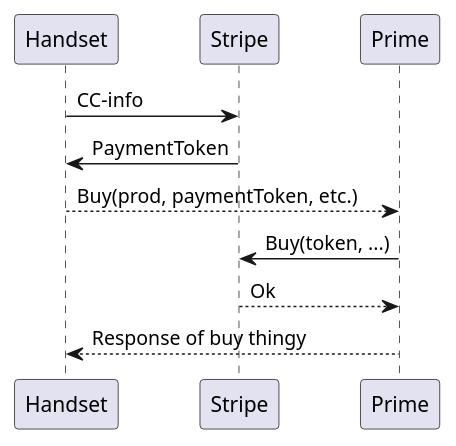
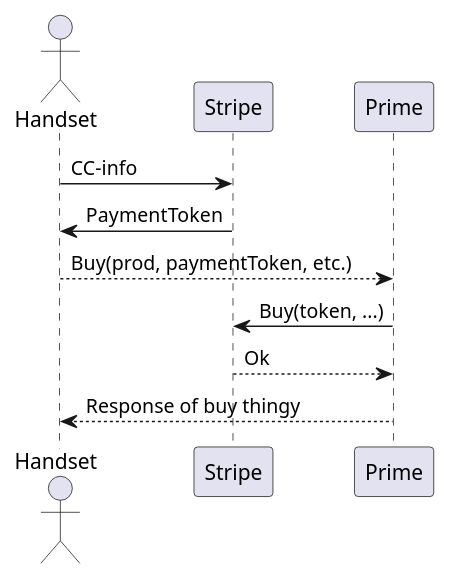
The diagram in payment-processor/doc/puml/purchase-flow.puml (ostelco/ostelco-core), drawn with PlantUML before and after one commit. The commit also changed 1 other file, not shown here.

```diff
--- a/payment-processor/doc/puml/purchase-flow.puml
+++ b/payment-processor/doc/puml/purchase-flow.puml
@@ -1,10 +1,10 @@
 @startuml
-
+actor Handset
 Handset -> Stripe : CC-info
 Stripe -> Handset: PaymentToken
 Handset --> Prime: Buy(prod, paymentToken, etc.)
 Prime -> Stripe: Buy(token, ...)
 Stripe --> Prime: Ok
 Prime ---> Handset: Response of buy thingy
 
 @enduml
```
